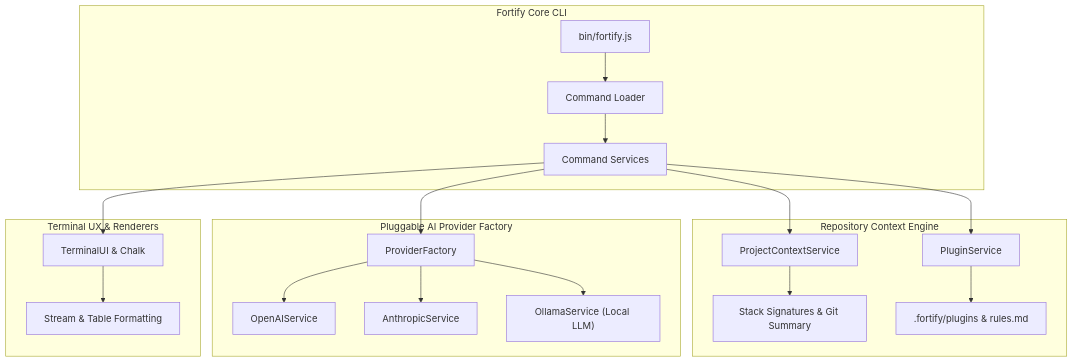
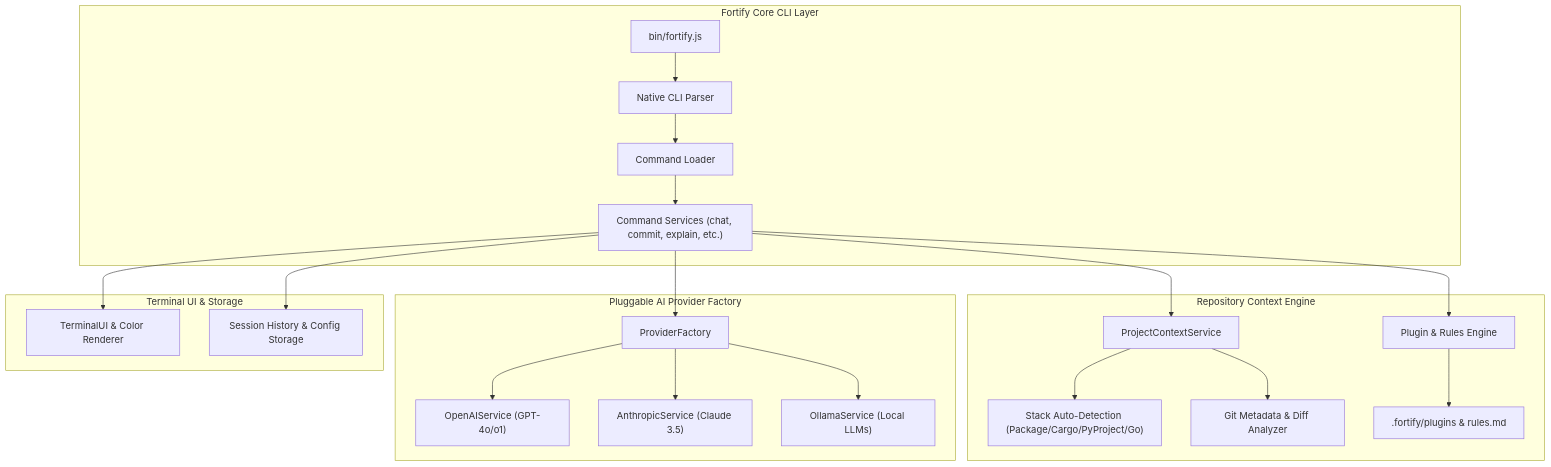
The diagram in README.md (jatin-awankar/fortify), drawn with Mermaid before and after one commit. The commit also changed other lines of this file, not shown here.

Commit message:
docs: rewrite README to include interactive CLI preview, updated feature matrix, and streamlined installation guide

````diff
--- a/README.md
+++ b/README.md
@@ -48,26 +232,28 @@
 ```mermaid
 flowchart TD
-    subgraph CLI ["Fortify Core CLI"]
-        Entry["bin/fortify.js"] --> Loader["Command Loader"]
-        Loader --> Services["Command Services"]
+    subgraph CLI ["Fortify Core CLI Layer"]
+        Entry["bin/fortify.js"] --> Parser["Native CLI Parser"]
+        Parser --> Loader["Command Loader"]
+        Loader --> Commands["Command Services (chat, commit, explain, etc.)"]
     end
 
-    subgraph Context ["Repository Context Engine"]
-        Services --> ContextService["ProjectContextService"]
-        ContextService --> Detect["Stack Signatures & Git Summary"]
-        Services --> PluginService["PluginService"]
-        PluginService --> LocalPlugins[".fortify/plugins & rules.md"]
+    subgraph Context Engine ["Repository Context Engine"]
+        Commands --> ContextService["ProjectContextService"]
+        ContextService --> Signature["Stack Auto-Detection (Package/Cargo/PyProject/Go)"]
+        ContextService --> Git["Git Metadata & Diff Analyzer"]
+        Commands --> PluginService["Plugin & Rules Engine"]
+        PluginService --> LocalRules[".fortify/plugins & rules.md"]
     end
 
-    subgraph Providers ["Pluggable AI Provider Factory"]
-        Services --> Factory["ProviderFactory"]
-        Factory --> OpenAI["OpenAIService"]
-        Factory --> Anthropic["AnthropicService"]
-        Factory --> Ollama["OllamaService (Local LLM)"]
+    subgraph Provider Factory ["Pluggable AI Provider Factory"]
+        Commands --> Factory["ProviderFactory"]
+        Factory --> OpenAI["OpenAIService (GPT-4o/o1)"]
+        Factory --> Anthropic["AnthropicService (Claude 3.5)"]
+        Factory --> Ollama["OllamaService (Local LLMs)"]
     end
 
-    subgraph Renderer ["Terminal UX & Renderers"]
-        Services --> TUI["TerminalUI & Chalk"]
-        TUI --> Output["Stream & Table Formatting"]
+    subgraph Renderer ["Terminal UI & Storage"]
+        Commands --> RendererUI["TerminalUI & Color Renderer"]
+        Commands --> SessionStorage["Session History & Config Storage"]
     end
 ```
````
